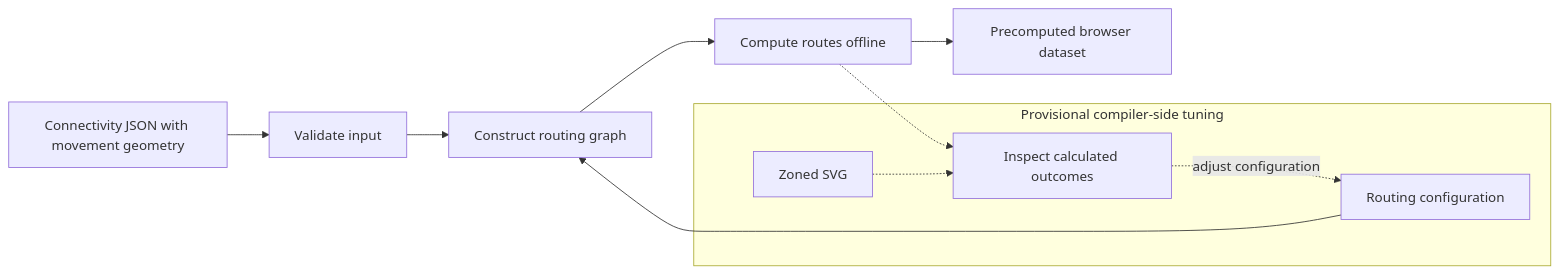
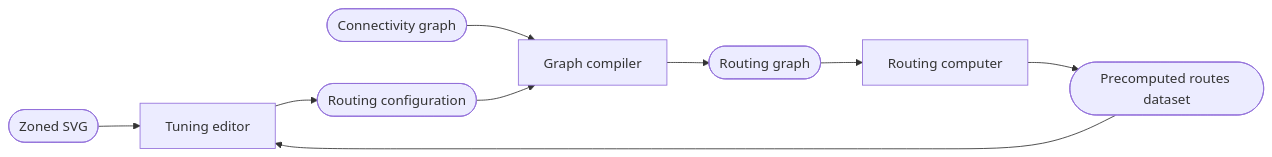
The third of 4 diagrams in docs/system-design.md (JanusWebHub/BFW_Wegweiser), drawn with Mermaid before and after one commit. The commit also changed other lines of this file and 10 other files, not shown here.

````diff
--- a/docs/system-design.md
+++ b/docs/system-design.md
@@ -80,13 +78,11 @@
 ```mermaid
 flowchart LR
-Connectivity[Connectivity JSON with movement geometry] --> Validate[Validate input]
-Validate --> Graph[Construct routing graph]
-Config[Routing configuration] --> Graph
-Graph --> Compute[Compute routes offline]
-Compute --> Data[Precomputed browser dataset]
-subgraph Tuning[Provisional compiler-side tuning]
-Zoned[Zoned SVG] -.-> Inspect[Inspect calculated outcomes]
-Inspect -. adjust configuration .-> Config
-end
-Compute -.-> Inspect
+Zoned([Zoned SVG]) --> Editor[Tuning editor]
+Editor --> Config([Routing configuration])
+Connectivity([Connectivity graph]) --> Compile[Graph compiler]
+Config --> Compile
+Compile --> Graph([Routing graph])
+Graph --> Compute[Routing computer]
+Compute --> Data([Precomputed routes dataset])
+Data --> Editor
 ```
````
